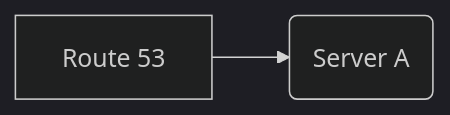
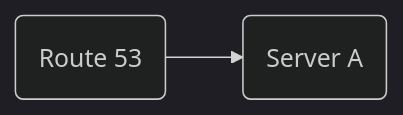
One commit to arkantandel/-AWS-Route-53-Complete-Step-by-Step- changed the third of 5 diagrams in README.md. Above: the diagram before and after it, drawn with Mermaid (dark theme). The commit also changed other lines of this file, not shown here.

First line of the commit message:
Fix Mermaid syntax and update diagrams in README

````diff
--- a/README.md
+++ b/README.md
@@ -255,4 +248,4 @@
 ```mermaid
 graph LR
-A[Route 53] --> B(Server A)
+A(Route 53) --> B(Server A)
 ```
````
